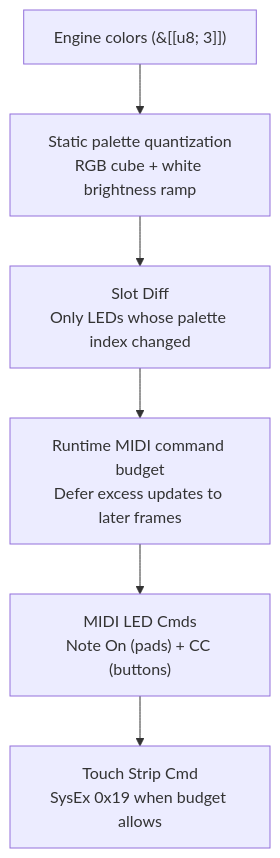
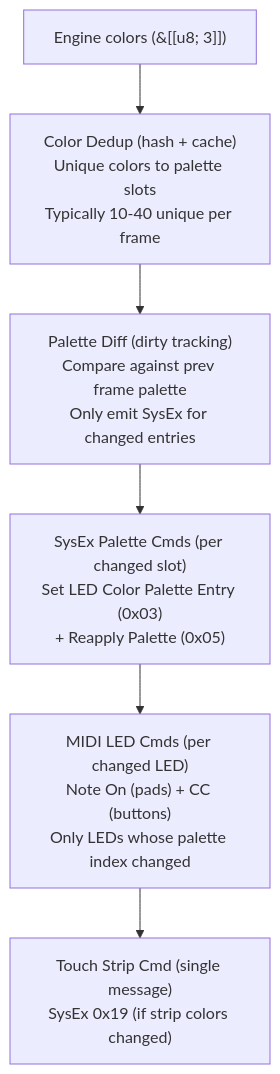
Before and after one commit to hyperb1iss/hypercolor: the diagram in docs/specs/28-ableton-push2-driver.md, drawn with Mermaid. The commit also changed other lines of this file and 5 other files, not shown here.

First line of the commit message:
fix(push2): route dynamic colors over raw MIDI

````diff
--- a/docs/specs/28-ableton-push2-driver.md
+++ b/docs/specs/28-ableton-push2-driver.md
@@ -1007,11 +1011,11 @@
 ```mermaid
 graph TD
     Input["Engine colors (&[[u8; 3]])"]
-    Quantize["Static palette quantization<br/>RGB cube + white brightness ramp"]
-    Diff["Slot Diff<br/>Only LEDs whose palette index changed"]
-    Budget["Runtime MIDI command budget<br/>Defer excess updates to later frames"]
-    MIDI["MIDI LED Cmds<br/>Note On (pads) + CC (buttons)"]
-    Strip["Touch Strip Cmd<br/>SysEx 0x19 when budget allows"]
+    Dedup["Color Dedup (hash + cache)<br/>Unique colors to palette slots<br/>Typically 10-40 unique per frame"]
+    Diff["Palette Diff (dirty tracking)<br/>Compare against prev frame palette<br/>Only emit SysEx for changed entries"]
+    SysEx["SysEx Palette Cmds (per changed slot)<br/>Set LED Color Palette Entry (0x03)<br/>+ Reapply Palette (0x05)"]
+    MIDI["MIDI LED Cmds (per changed LED)<br/>Note On (pads) + CC (buttons)<br/>Only LEDs whose palette index changed"]
+    Strip["Touch Strip Cmd (single message)<br/>SysEx 0x19 (if strip colors changed)"]
 
-    Input --> Quantize --> Diff --> Budget --> MIDI --> Strip
+    Input --> Dedup --> Diff --> SysEx --> MIDI --> Strip
 ```
````
